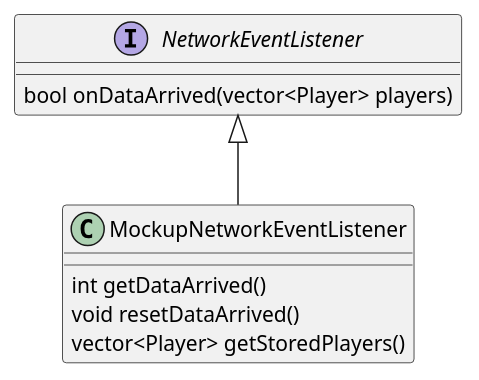
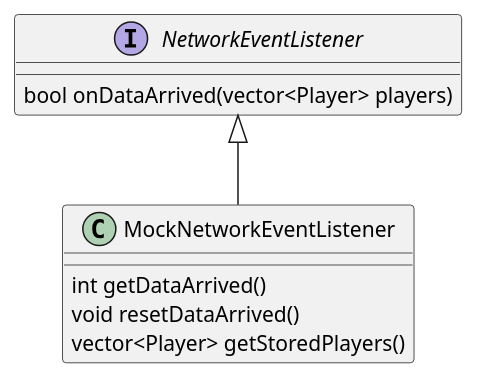
The diagram in en/listening-to-events.md (asrob-uc3m/robotDevastation-developer-manual), drawn with PlantUML before and after one commit. The commit also changed other lines of this file and 10 other files, not shown here.

First line of the commit message:
Replace 'Mockup' with 'Mock'

```diff
--- a/en/listening-to-events.md
+++ b/en/listening-to-events.md
@@ -4,13 +4,13 @@
 {% plantuml %}
 interface NetworkEventListener {
 bool onDataArrived(vector<Player> players)
 }
 
-class MockupNetworkEventListener {
+class MockNetworkEventListener {
 int getDataArrived()
 void resetDataArrived()
 vector<Player> getStoredPlayers()
 }
 
-NetworkEventListener <|-- MockupNetworkEventListener
+NetworkEventListener <|-- MockNetworkEventListener
 {% endplantuml %}
```
